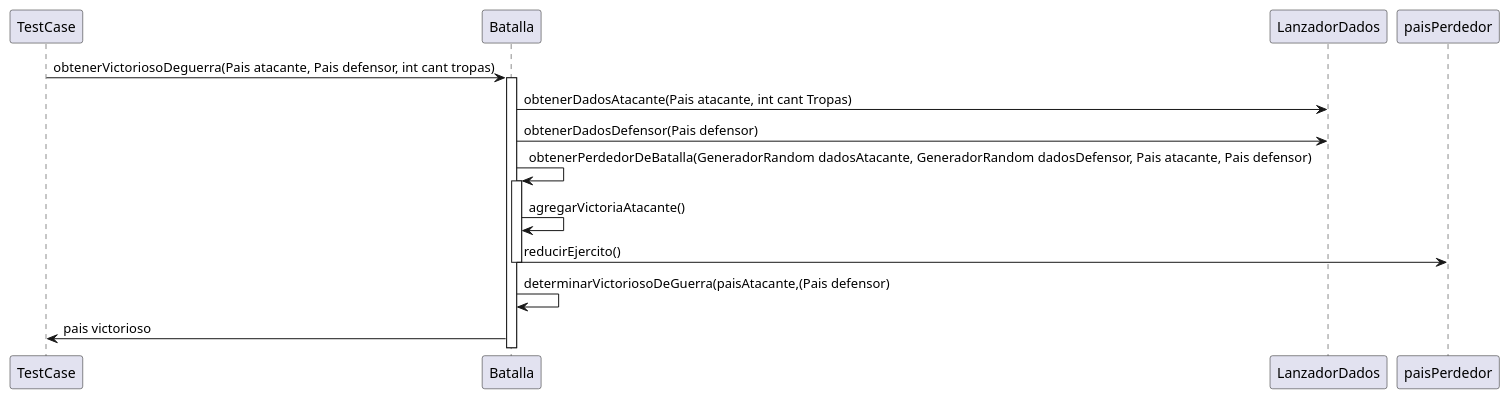
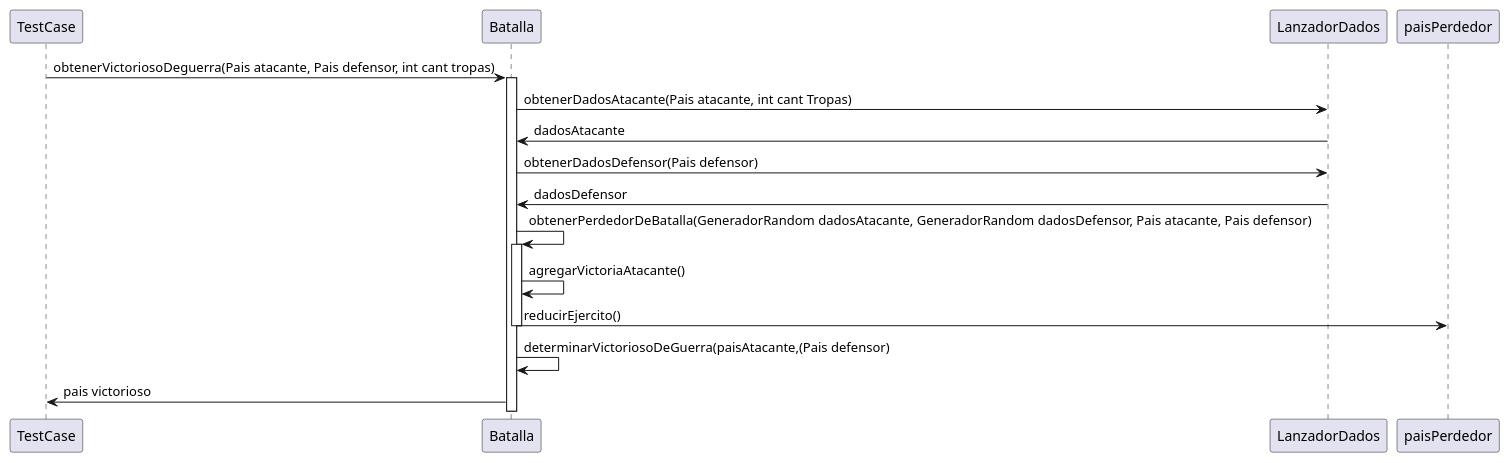
The diagram in diagramas/obtenerVictoriosoDeGuerra.plantuml (tomasshiao/TP2_Algo3), drawn with PlantUML before and after one commit.

Commit message:
cambios solo diagrama

```diff
--- a/diagramas/obtenerVictoriosoDeGuerra.plantuml
+++ b/diagramas/obtenerVictoriosoDeGuerra.plantuml
@@ -1,14 +1,16 @@
 @startuml
 TestCase->Batalla: obtenerVictoriosoDeguerra(Pais atacante, Pais defensor, int cant tropas)
 activate Batalla
 Batalla -> LanzadorDados: obtenerDadosAtacante(Pais atacante, int cant Tropas)
+LanzadorDados->Batalla: dadosAtacante
 Batalla -> LanzadorDados: obtenerDadosDefensor(Pais defensor)
+LanzadorDados->Batalla: dadosDefensor
 
 Batalla -> Batalla: obtenerPerdedorDeBatalla(GeneradorRandom dadosAtacante, GeneradorRandom dadosDefensor, Pais atacante, Pais defensor)
 activate Batalla
 Batalla -> Batalla: agregarVictoriaAtacante()
 Batalla-> paisPerdedor: reducirEjercito()
 deactivate Batalla
 Batalla->Batalla: determinarVictoriosoDeGuerra(paisAtacante,(Pais defensor)
 Batalla->TestCase: pais victorioso
 @enduml
```
